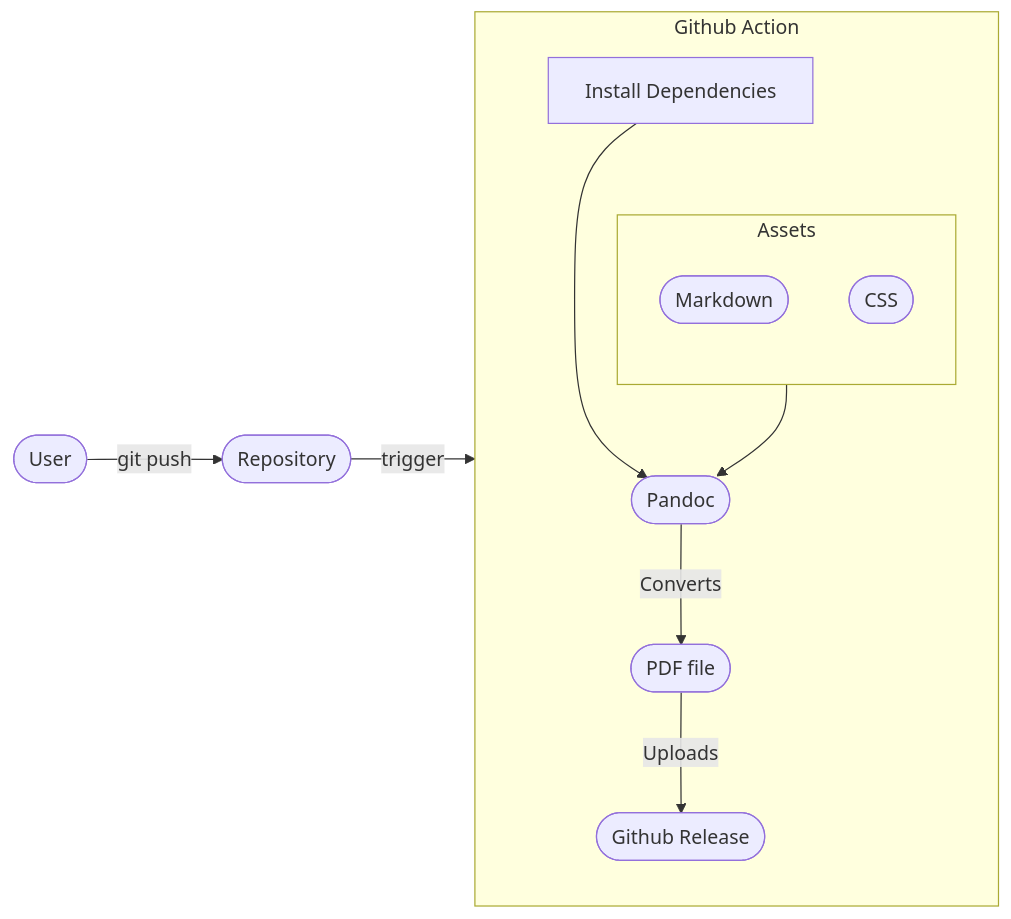
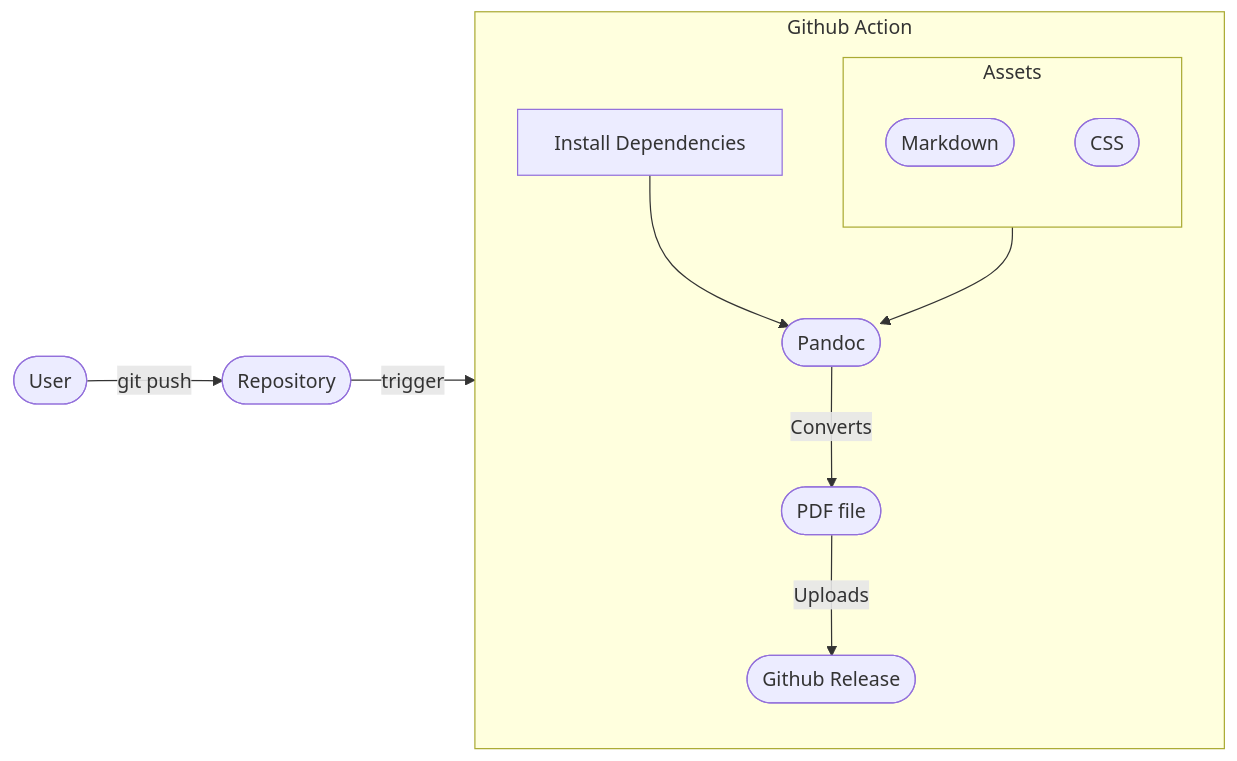
Before and after one commit to ShaharNaveh/ShaharNaveh.github.io: the diagram in content/blog/cicd-your-resume/index.md, drawn with Mermaid.

````diff
--- a/content/blog/cicd-your-resume/index.md
+++ b/content/blog/cicd-your-resume/index.md
@@ -17,29 +17,28 @@
 ```mermaid
 flowchart LR
   user([User])
   repository([Repository])
   action([Github Action])
   dependencies["Install Dependencies"]
   pandoc([Pandoc])
   markdown([Markdown])
   css([CSS])
   pdf([PDF file])
   release([Github Release])
   user-- git push -->repository
   repository-- trigger -->action
   subgraph action [Github Action]
-    dependencies ~~~ assets
     assets --> pandoc
     dependencies --> pandoc
     pandoc-- Converts -->pdf
     pdf-- Uploads -->release
 
     
   end
 subgraph assets [Assets]
       markdown
       css
     end
 
   
 ```
````
